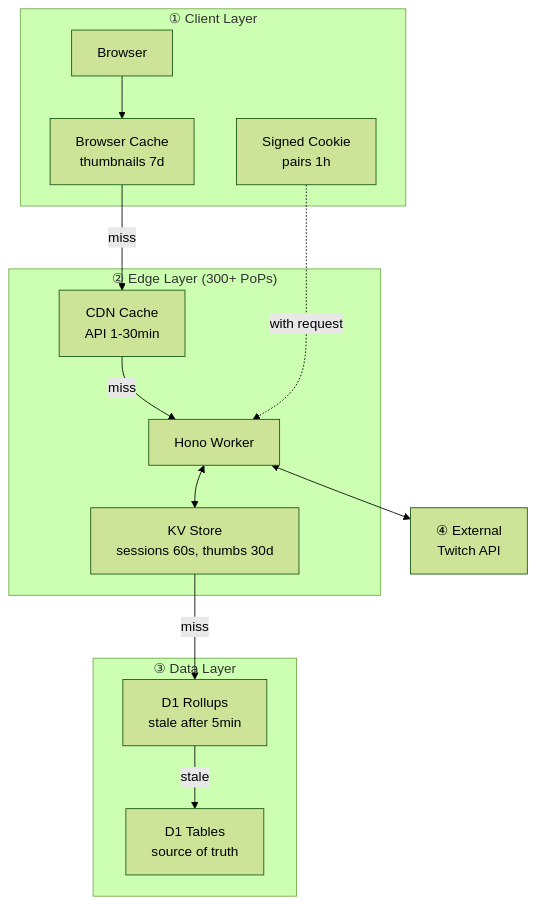
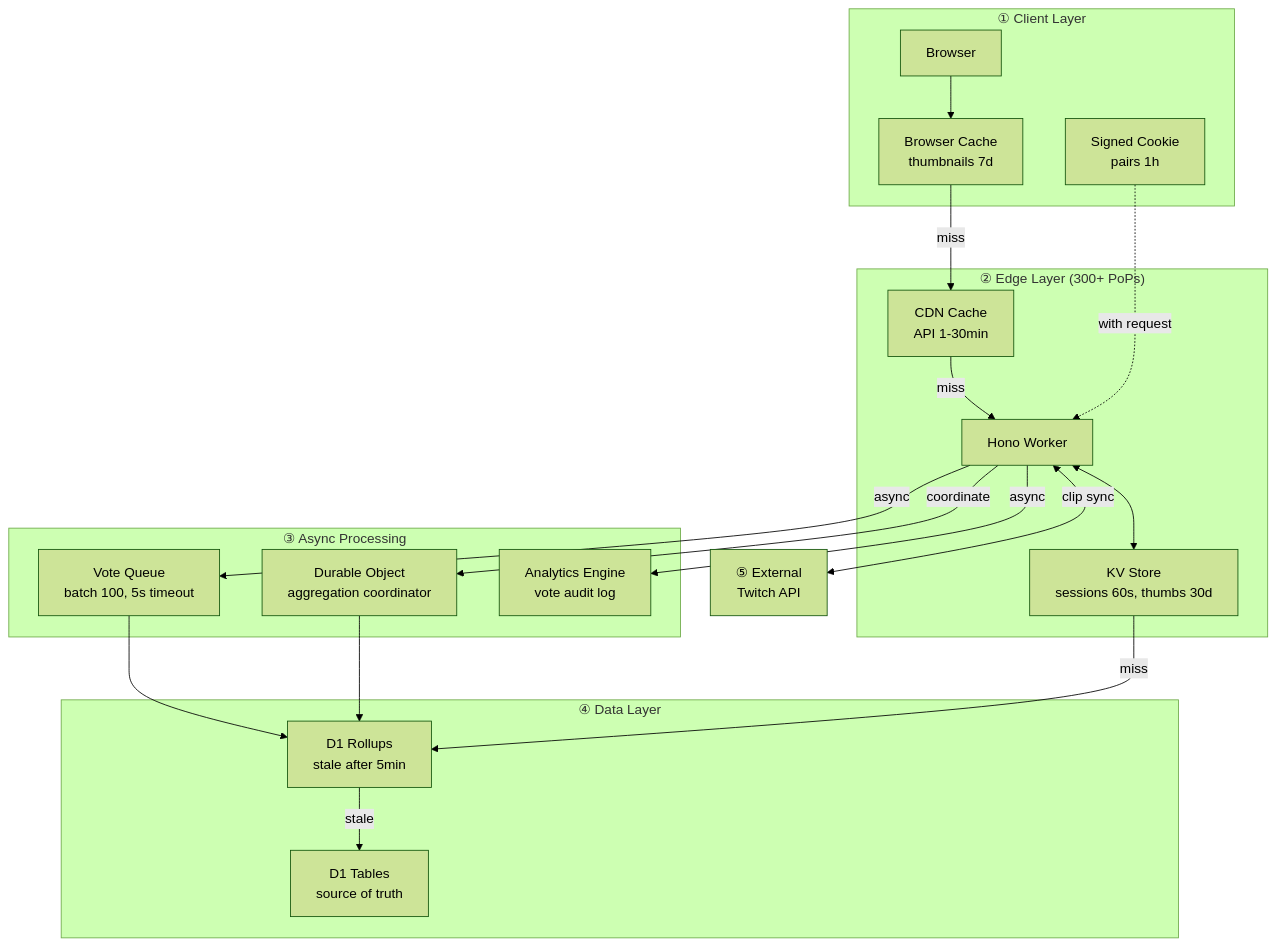
Before and after one commit to DigiBugCat/flipper-clippers: the diagram in README.md, drawn with Mermaid (forest theme). The commit also changed other lines of this file and 103 other files, not shown here.

````diff
--- a/README.md
+++ b/README.md
@@ -20,30 +20,41 @@
 ```mermaid
 flowchart TD
     subgraph Client["① Client Layer"]
         Browser["Browser"]
         BCache["Browser Cache<br/>thumbnails 7d"]
         Cookie["Signed Cookie<br/>pairs 1h"]
     end
 
     subgraph Edge["② Edge Layer (300+ PoPs)"]
         CDN["CDN Cache<br/>API 1-30min"]
         Worker["Hono Worker"]
         KV["KV Store<br/>sessions 60s, thumbs 30d"]
     end
 
-    subgraph Data["③ Data Layer"]
+    subgraph Async["③ Async Processing"]
+        Queue["Vote Queue<br/>batch 100, 5s timeout"]
+        DO["Durable Object<br/>aggregation coordinator"]
+        Analytics["Analytics Engine<br/>vote audit log"]
+    end
+
+    subgraph Data["④ Data Layer"]
         Rollups["D1 Rollups<br/>stale after 5min"]
         Tables["D1 Tables<br/>source of truth"]
     end
 
-    Twitch["④ External<br/>Twitch API"]
+    Twitch["⑤ External<br/>Twitch API"]
 
     Browser --> BCache
     BCache -->|miss| CDN
     CDN -->|miss| Worker
     Cookie -.->|with request| Worker
     Worker <--> KV
+    Worker -->|async| Queue
+    Worker -->|async| Analytics
+    Queue --> Rollups
+    Worker -->|coordinate| DO
+    DO --> Rollups
     KV -->|miss| Rollups
     Rollups -->|stale| Tables
-    Worker <--> Twitch
+    Worker <-->|clip sync| Twitch
 ```
````
